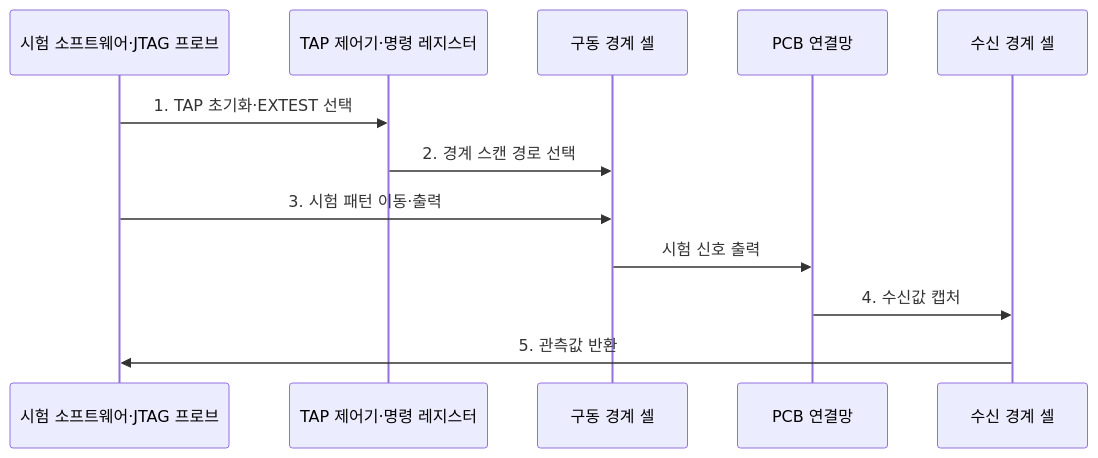
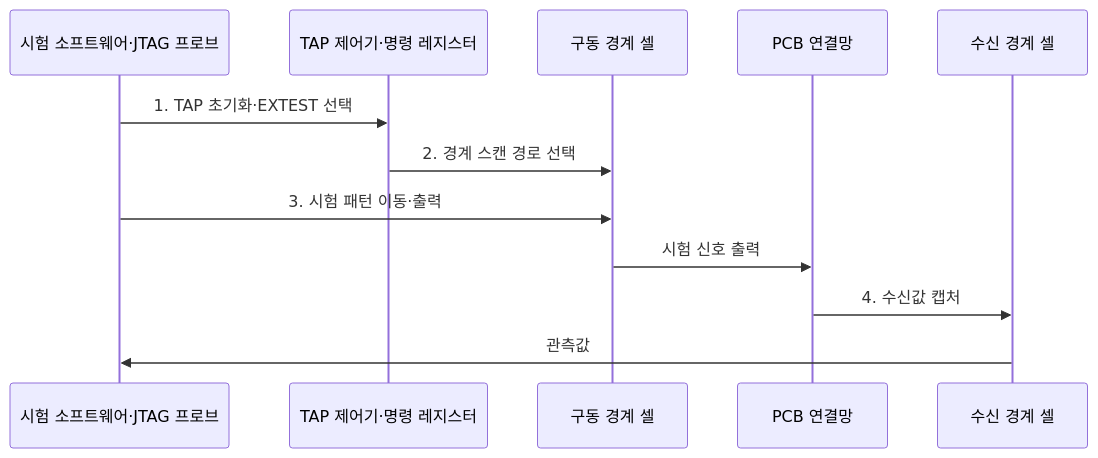
One commit to agnusdei1207/knowledge-base changed the second of 2 diagrams in src/content/docs/notes/02-hardware/065_jtag.md. Above: the diagram before and after it, drawn with Mermaid. The commit also changed other lines of this file and 19 other files, not shown here.

````diff
--- a/src/content/docs/notes/02-hardware/065_jtag.md
+++ b/src/content/docs/notes/02-hardware/065_jtag.md
@@ -83,15 +83,15 @@
 ```mermaid
 sequenceDiagram
     participant H as 시험 소프트웨어·JTAG 프로브
     participant T as TAP 제어기·명령 레지스터
     participant B1 as 구동 경계 셀
     participant N as PCB 연결망
     participant B2 as 수신 경계 셀
 
     H->>T: 1. TAP 초기화·EXTEST 선택
     T->>B1: 2. 경계 스캔 경로 선택
     H->>B1: 3. 시험 패턴 이동·출력
     B1->>N: 시험 신호 출력
     N->>B2: 4. 수신값 캡처
-    B2->>H: 5. 관측값 반환
+    B2->>H: 관측값
 ```
````
